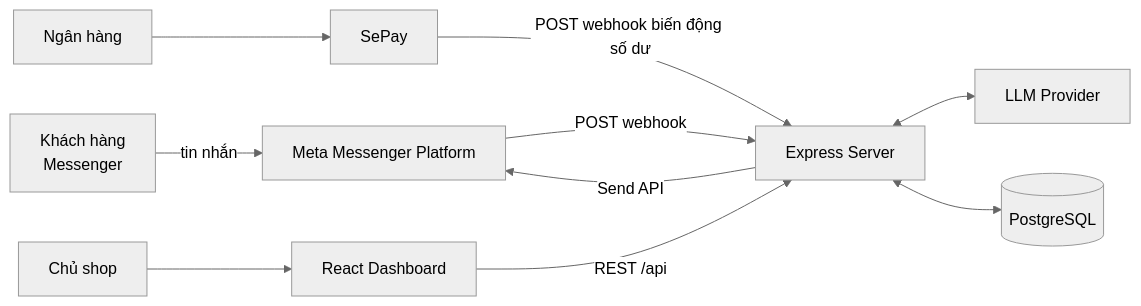
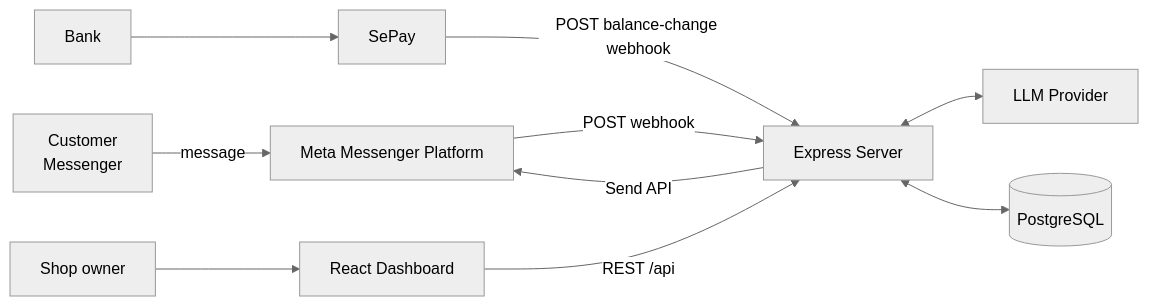
One commit to TDVien05/ai_ecommerce_assisstant changed the first of 4 diagrams in docs/ARCHITECTURE.md. Above: the diagram before and after it, drawn with Mermaid (neutral theme). The commit also changed other lines of this file and 8 other files, not shown here.

````diff
--- a/docs/ARCHITECTURE.md
+++ b/docs/ARCHITECTURE.md
@@ -5,12 +5,12 @@
 ```mermaid
 flowchart LR
-  KH[Khách hàng<br/>Messenger] -->|tin nhắn| META[Meta Messenger Platform]
+  KH[Customer<br/>Messenger] -->|message| META[Meta Messenger Platform]
   META -->|POST webhook| API[Express Server]
   API -->|Send API| META
   API <--> LLM[LLM Provider]
   API <--> DB[(PostgreSQL)]
-  BANK[Ngân hàng] --> SEPAY[SePay]
-  SEPAY -->|POST webhook biến động số dư| API
-  OWNER[Chủ shop] --> WEB[React Dashboard]
+  BANK[Bank] --> SEPAY[SePay]
+  SEPAY -->|POST balance-change webhook| API
+  OWNER[Shop owner] --> WEB[React Dashboard]
   WEB -->|REST /api| API
 ```
````
